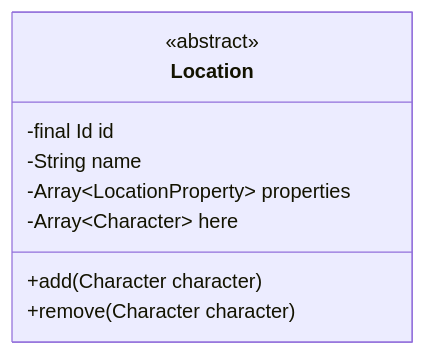
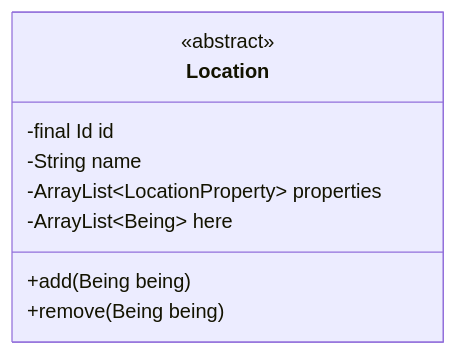
Before and after one commit to gokdenizozkan/patika-plus: diagram 11 of 11 in src/patikaplus/week4/nighter/readme.md, drawn with Mermaid. The commit also changed other lines of this file and 1 other file, not shown here.

````diff
--- a/src/patikaplus/week4/nighter/readme.md
+++ b/src/patikaplus/week4/nighter/readme.md
@@ -402,13 +461,13 @@
 ```mermaid
 classDiagram
     class Location {
         <<abstract>>
         -final Id id
         -String name
-        -Array~LocationProperty~ properties
-        -Array~Character~  here
+        -ArrayList~LocationProperty~ properties
+        -ArrayList~Being~  here
         
-        +add(Character character)
-        +remove(Character character)
+        +add(Being being)
+        +remove(Being being)
     }
 ```
````
